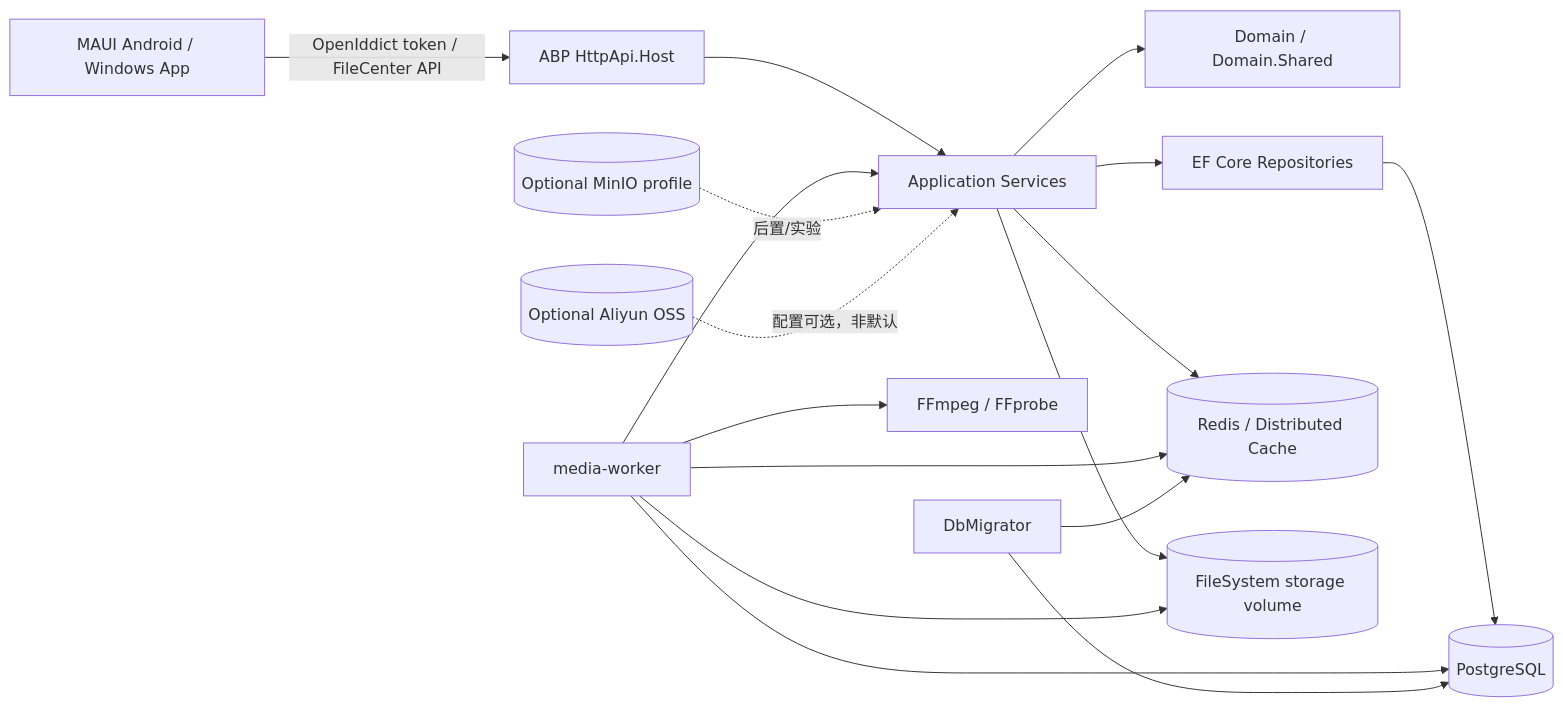
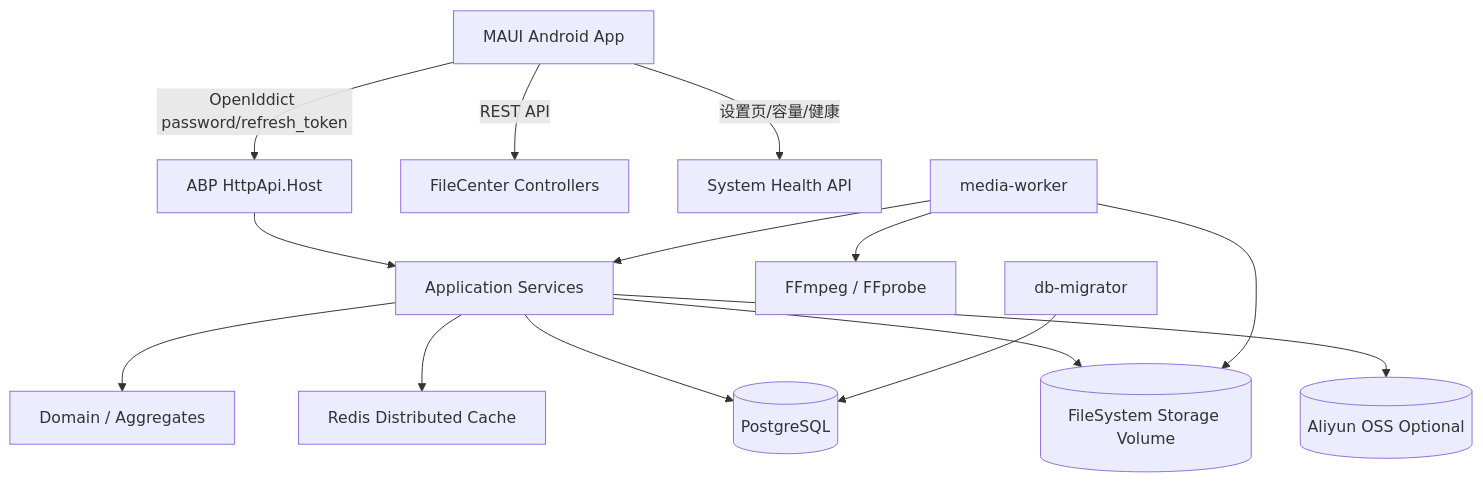
One commit to 253513374/PrivateCloudDrive changed the diagram in docs/architecture-v1.0-rc-boundary.md. Above: the diagram before and after it, drawn with Mermaid. The commit also changed other lines of this file and 21 other files, not shown here.

````diff
--- a/docs/architecture-v1.0-rc-boundary.md
+++ b/docs/architecture-v1.0-rc-boundary.md
@@ -50,19 +32,19 @@
 ```mermaid
-flowchart LR
-    Mobile[MAUI Android / Windows App] -->|OpenIddict token / FileCenter API| Api[ABP HttpApi.Host]
-    Api --> App[Application Services]
-    App --> Domain[Domain / Domain.Shared]
-    App --> EF[EF Core Repositories]
-    EF --> Pg[(PostgreSQL)]
-    App --> Redis[(Redis / Distributed Cache)]
-    App --> Storage[(FileSystem storage volume)]
-    Worker[media-worker] --> App
-    Worker --> Storage
-    Worker --> Pg
-    Worker --> Redis
-    Worker --> Tools[FFmpeg / FFprobe]
-    Migrator[DbMigrator] --> Pg
-    Migrator --> Redis
-    Minio[(Optional MinIO profile)] -. 后置/实验 .-> App
-    OSS[(Optional Aliyun OSS)] -. 配置可选，非默认 .-> App
+flowchart TD
+    MAUI[MAUI Android App] -->|OpenIddict password/refresh_token| API[ABP HttpApi.Host]
+    MAUI -->|REST API| FILE[FileCenter Controllers]
+    MAUI -->|设置页/容量/健康| HEALTH[System Health API]
+
+    API --> APP[Application Services]
+    APP --> DOMAIN[Domain / Aggregates]
+    APP --> CACHE[Redis Distributed Cache]
+    APP --> DB[(PostgreSQL)]
+    APP --> STORAGE[(FileSystem Storage Volume)]
+    APP --> OSS[(Aliyun OSS Optional)]
+
+    WORKER[media-worker] --> APP
+    WORKER --> STORAGE
+    WORKER --> FFMPEG[FFmpeg / FFprobe]
+
+    MIGRATOR[db-migrator] --> DB
 ```
````
